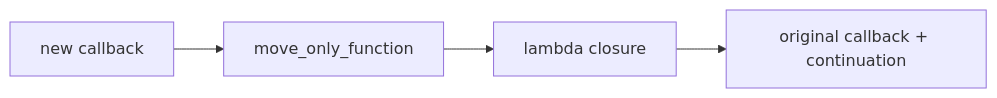
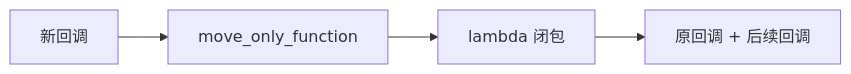
The diagram in documents/en/vol9-open-source-project-learn/chrome/01_once_callback/hands_on/02-once-callback-implementation.md (Awesome-Embedded-Learning-Studio/Tutorial_AwesomeModernCPP), drawn with Mermaid before and after one commit. The commit also changed other lines of this file and 749 other files, not shown here.

````diff
--- a/documents/en/vol9-open-source-project-learn/chrome/01_once_callback/hands_on/02-once-callback-implementation.md
+++ b/documents/en/vol9-open-source-project-learn/chrome/01_once_callback/hands_on/02-once-callback-implementation.md
@@ -321,4 +321,4 @@
 ```mermaid
 graph LR
-    A["new callback"] --> B["move_only_function"] --> C["lambda closure"] --> D["original callback + continuation"]
+    A["新回调"] --> B["move_only_function"] --> C["lambda 闭包"] --> D["原回调 + 后续回调"]
 ```
````
